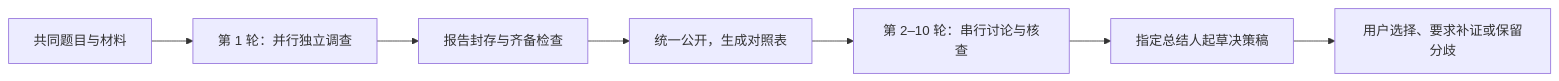
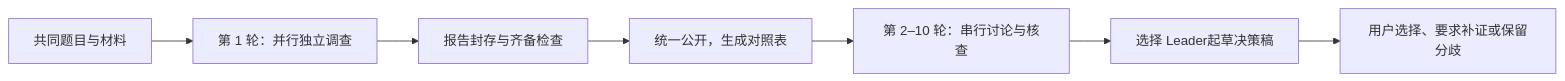
The diagram in docs/independent-investigation-design.md (charzl/Roundtable), drawn with Mermaid before and after one commit. The commit also changed other lines of this file and 20 other files, not shown here.

````diff
--- a/docs/independent-investigation-design.md
+++ b/docs/independent-investigation-design.md
@@ -19,9 +19,9 @@
 ```mermaid
 flowchart LR
     A[共同题目与材料] --> B[第 1 轮：并行独立调查]
     B --> C[报告封存与齐备检查]
     C --> D[统一公开，生成对照表]
     D --> E[第 2–10 轮：串行讨论与核查]
-    E --> F[指定总结人起草决策稿]
+    E --> F[选择 Leader起草决策稿]
     F --> G[用户选择、要求补证或保留分歧]
 ```
````
